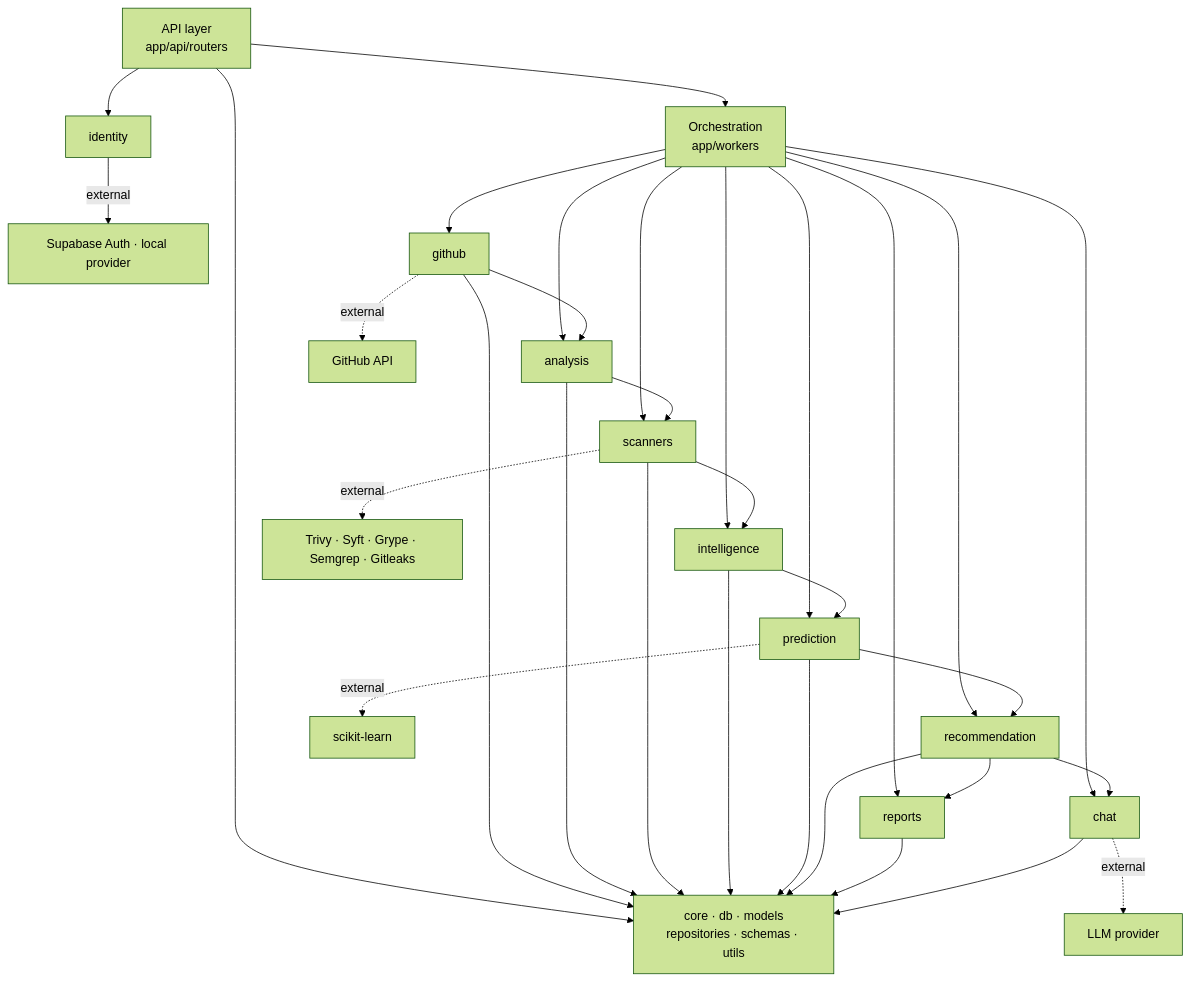
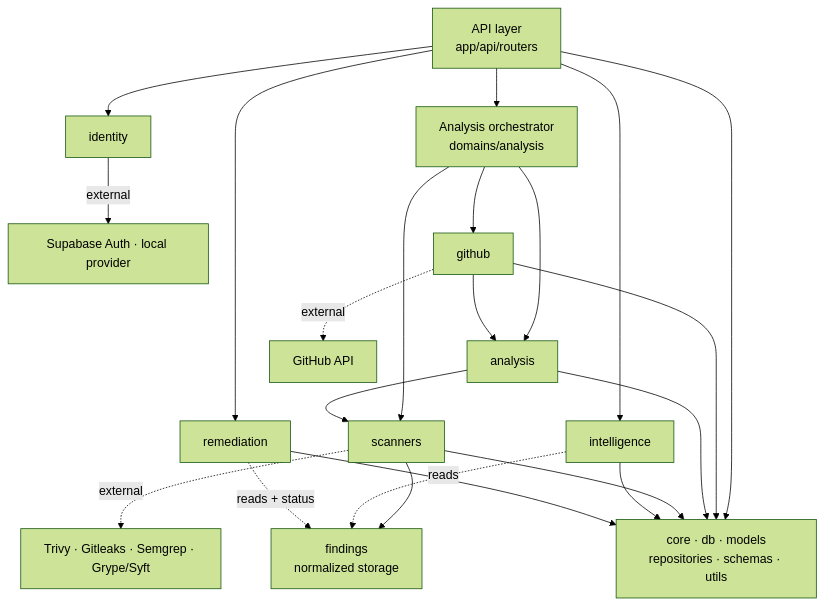
The diagram in docs/module-dependency.md (rachelbrathab/EvoShield), drawn with Mermaid (forest theme) before and after one commit. The commit also changed other lines of this file and 31 other files, not shown here.

````diff
--- a/docs/module-dependency.md
+++ b/docs/module-dependency.md
@@ -48,34 +50,24 @@
 ```mermaid
 flowchart TD
-    API[API layer<br/>app/api/routers] --> ORCH[Orchestration<br/>app/workers]
+    API[API layer<br/>app/api/routers] --> ORCH[Analysis orchestrator<br/>domains/analysis]
     API --> ID[identity]
+    API --> REM[remediation]
+    API --> INT[intelligence]
     ID -->|external| SAUTH[Supabase Auth · local provider]
     ORCH --> GH[github]
     ORCH --> AN[analysis]
     ORCH --> SC[scanners]
-    ORCH --> INT[intelligence]
-    ORCH --> PR[prediction]
-    ORCH --> REC[recommendation]
-    ORCH --> RP[reports]
-    ORCH --> CH[chat]
     GH --> AN
     AN --> SC
-    SC --> INT
-    INT --> PR
-    PR --> REC
-    REC --> RP
-    REC --> CH
+    SC --> FIND[findings<br/>normalized storage]
+    INT -.->|reads| FIND
+    REM -.->|reads + status| FIND
     GH -.->|external| GITAPI[GitHub API]
-    SC -.->|external| TOOLS[Trivy · Syft · Grype · Semgrep · Gitleaks]
-    PR -.->|external| ML[scikit-learn]
-    CH -.->|external| LLM[LLM provider]
+    SC -.->|external| TOOLS[Trivy · Gitleaks · Semgrep · Grype/Syft]
     API --> CORE[core · db · models<br/>repositories · schemas · utils]
     GH --> CORE
     AN --> CORE
     SC --> CORE
     INT --> CORE
-    PR --> CORE
-    REC --> CORE
-    RP --> CORE
-    CH --> CORE
+    REM --> CORE
 ```
````
